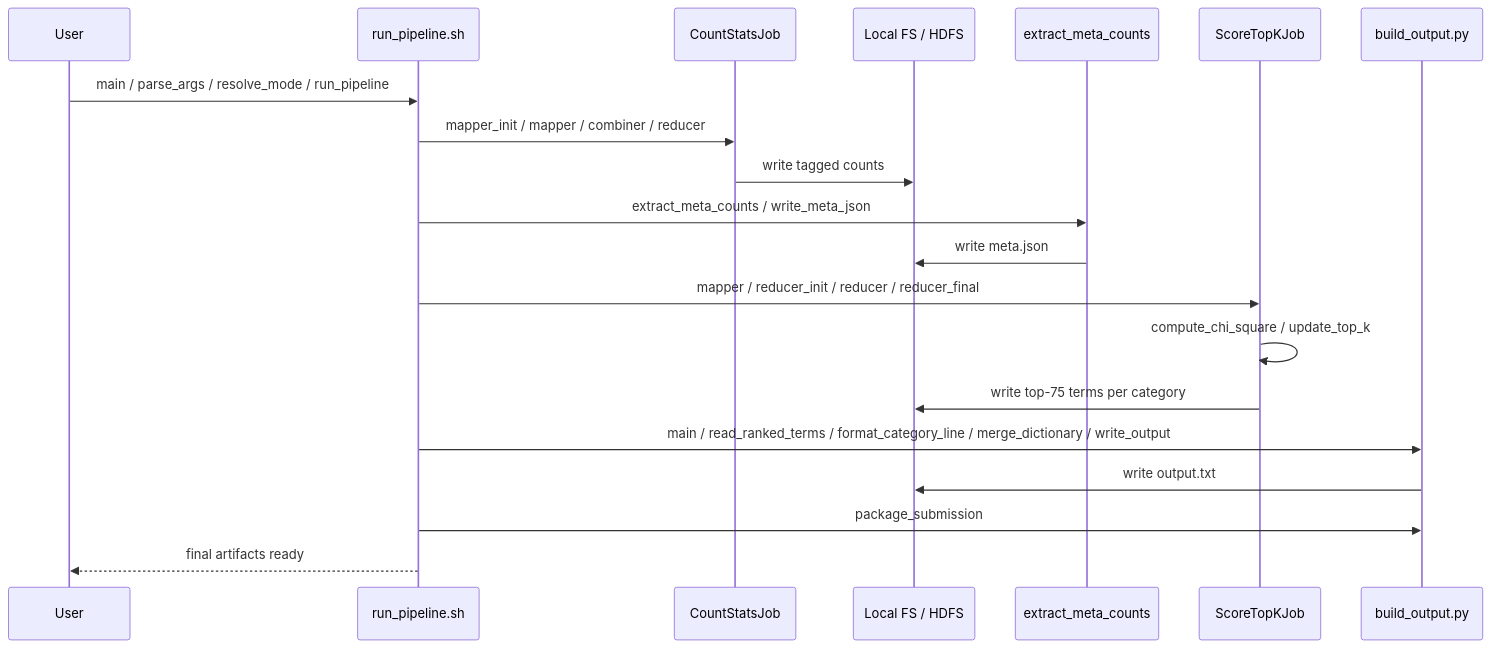
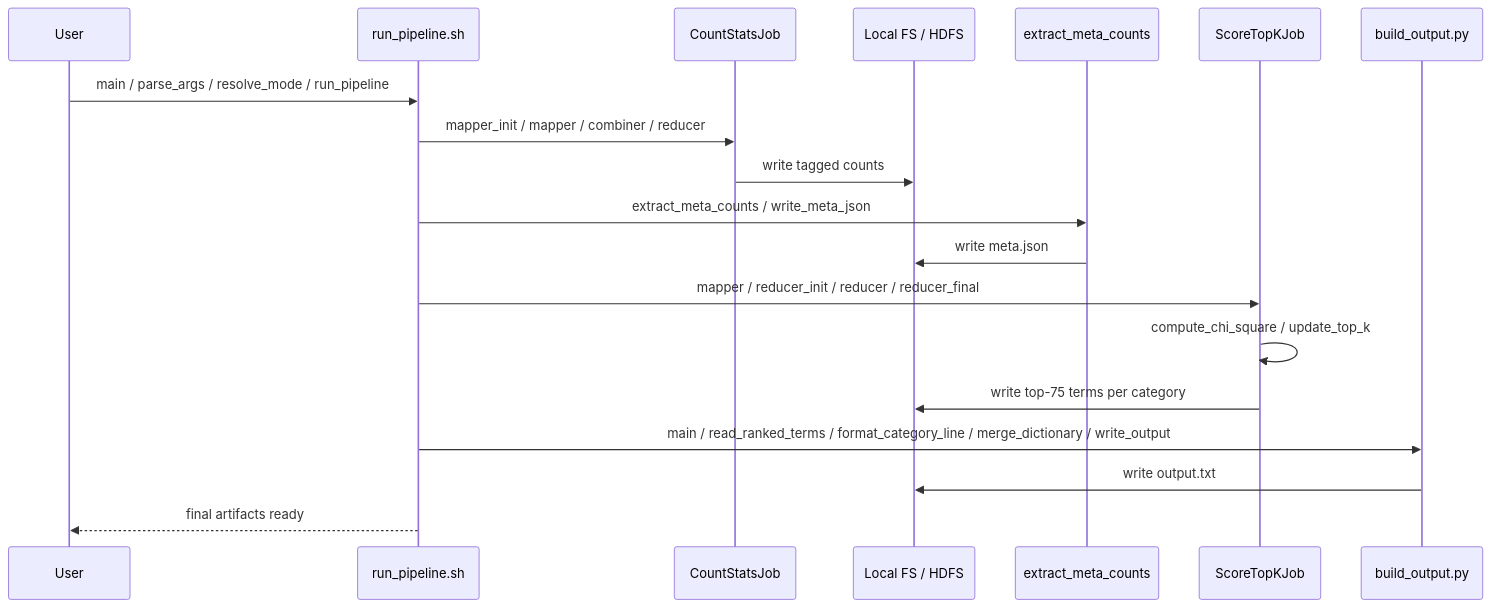
One commit to eetomilin-ops/Data-intensive-Computing-2026 changed the first of 2 diagrams in Task1/requirements/arch.md. Above: the diagram before and after it, drawn with Mermaid. The commit also changed other lines of this file and 4 other files, not shown here.

````diff
--- a/Task1/requirements/arch.md
+++ b/Task1/requirements/arch.md
@@ -39,23 +38,22 @@
 ```mermaid
 sequenceDiagram
     participant Usr as User
     participant Runner as run_pipeline.sh
     participant Count as CountStatsJob
     participant Store as Local FS / HDFS
     participant Meta as extract_meta_counts
     participant Score as ScoreTopKJob
     participant Build as build_output.py
 
     Usr->>Runner: main / parse_args / resolve_mode / run_pipeline
     Runner->>Count: mapper_init / mapper / combiner / reducer
     Count->>Store: write tagged counts
     Runner->>Meta: extract_meta_counts / write_meta_json
     Meta->>Store: write meta.json
     Runner->>Score: mapper / reducer_init / reducer / reducer_final
     Score->>Score: compute_chi_square / update_top_k
     Score->>Store: write top-75 terms per category
     Runner->>Build: main / read_ranked_terms / format_category_line / merge_dictionary / write_output
     Build->>Store: write output.txt
-    Runner->>Build: package_submission
     Runner-->>Usr: final artifacts ready
 ```
````
